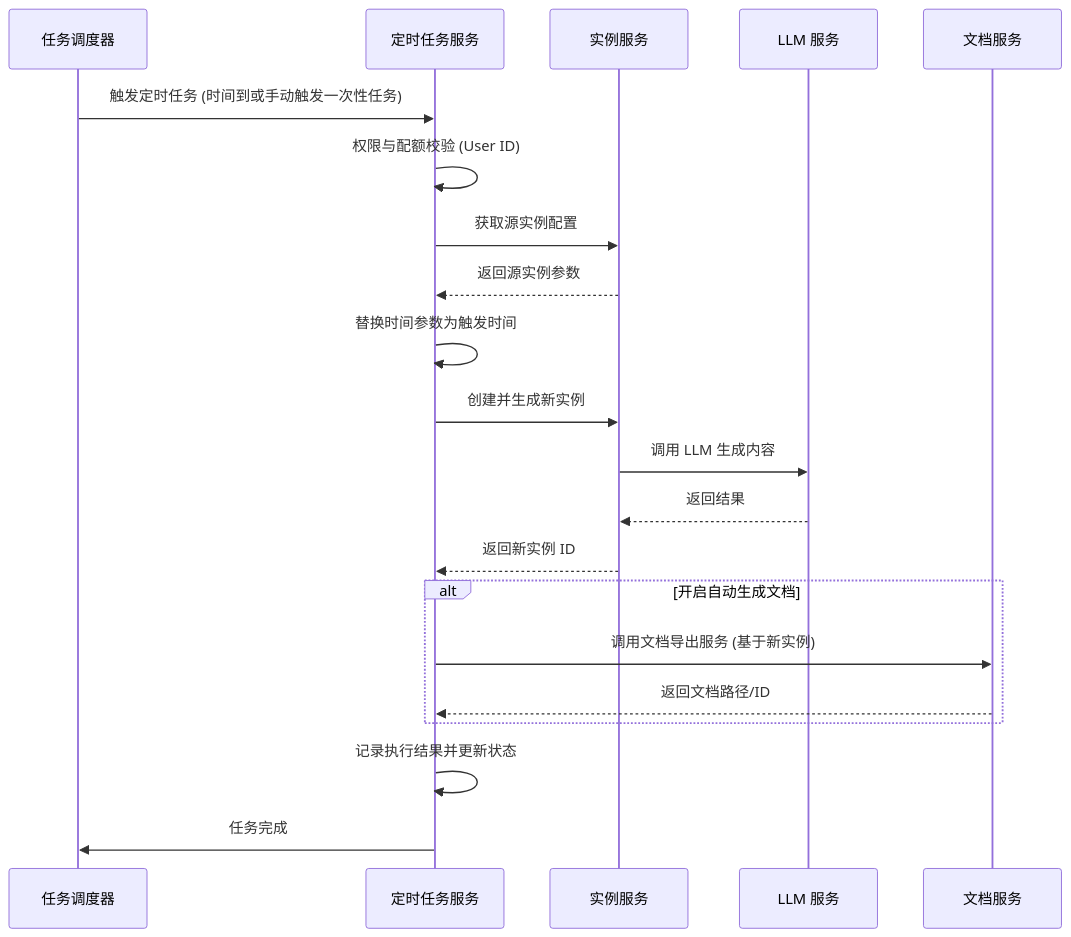
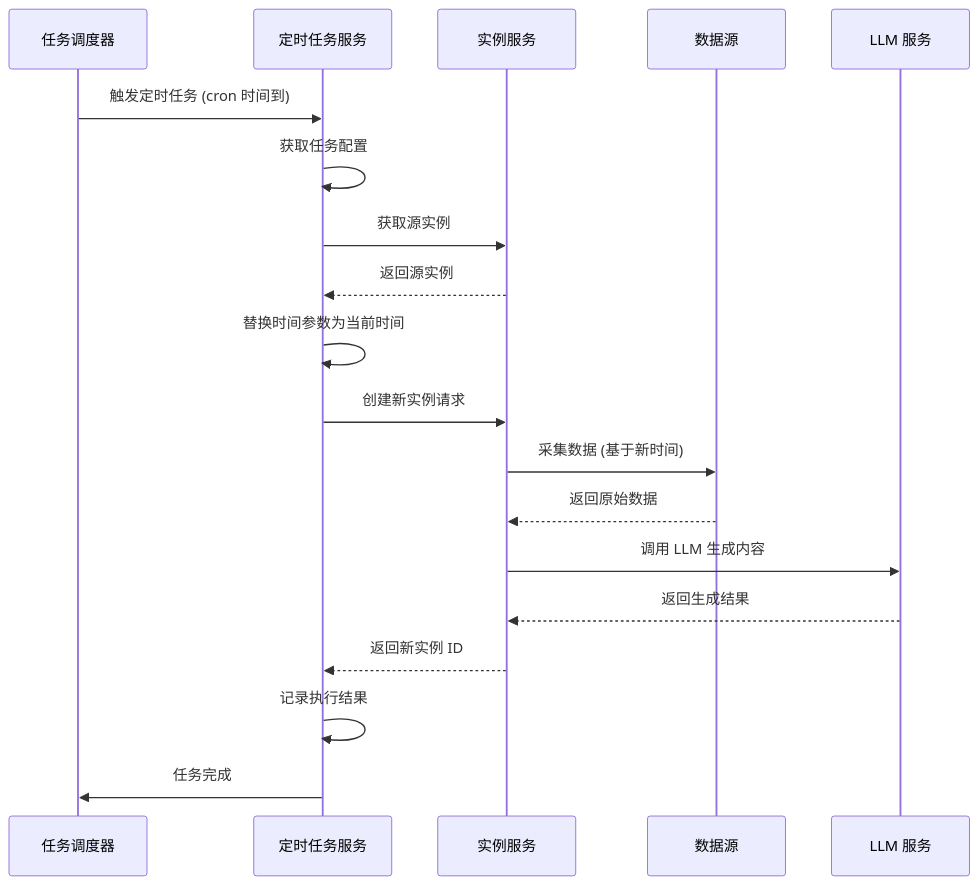
Before and after one commit to shel447/ReportSystem: the ninth of 14 diagrams in design.md, drawn with Mermaid. The commit also changed other lines of this file and 2 other files, not shown here.

````diff
--- a/design.md
+++ b/design.md
@@ -629,28 +635,25 @@
 ```mermaid
 sequenceDiagram
     participant Scheduler as 任务调度器
     participant Task as 定时任务服务
     participant Instance as 实例服务
+    participant Data as 数据源
     participant LLM as LLM 服务
-    participant Doc as 文档服务
 
-    Scheduler->>Task: 触发定时任务 (时间到或手动触发一次性任务)
-    Task->>Task: 权限与配额校验 (User ID)
-    Task->>Instance: 获取源实例配置
-    Instance-->>Task: 返回源实例参数
+    Scheduler->>Task: 触发定时任务 (cron 时间到)
+    Task->>Task: 获取任务配置
+    Task->>Instance: 获取源实例
+    Instance-->>Task: 返回源实例
     
-    Task->>Task: 替换时间参数为触发时间
+    Task->>Task: 替换时间参数为当前时间
     
-    Task->>Instance: 创建并生成新实例
+    Task->>Instance: 创建新实例请求
+    Instance->>Data: 采集数据 (基于新时间)
+    Data-->>Instance: 返回原始数据
     Instance->>LLM: 调用 LLM 生成内容
-    LLM-->>Instance: 返回结果
+    LLM-->>Instance: 返回生成结果
     Instance-->>Task: 返回新实例 ID
     
-    alt 开启自动生成文档
-        Task->>Doc: 调用文档导出服务 (基于新实例)
-        Doc-->>Task: 返回文档路径/ID
-    end
-    
-    Task->>Task: 记录执行结果并更新状态
+    Task->>Task: 记录执行结果
     Task->>Scheduler: 任务完成
 ```
````
